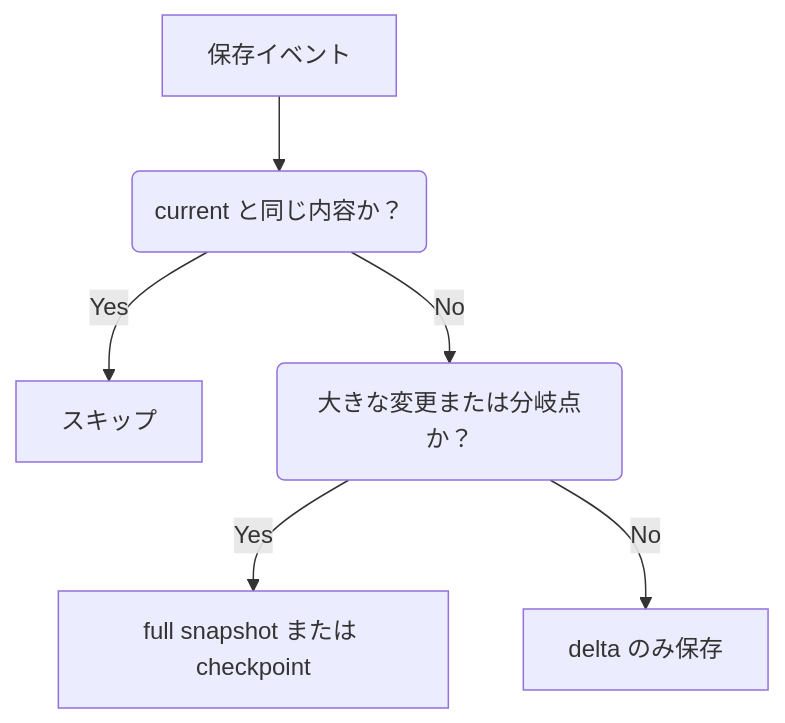
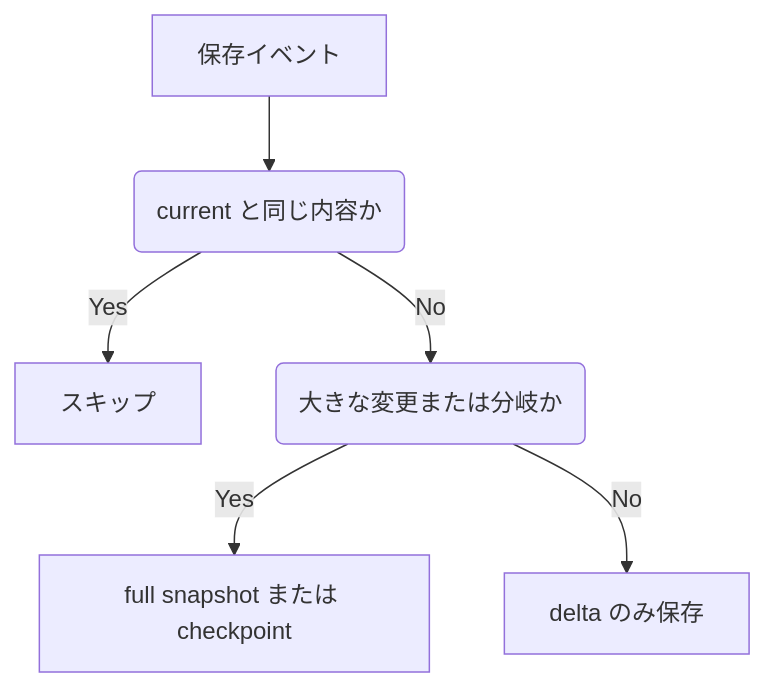
One commit to mmiyaji/vscode-undotree changed the fourth of 4 diagrams in README_ja.md. Above: the diagram before and after it, drawn with Mermaid. The commit also changed other lines of this file and 6 other files, not shown here.

````diff
--- a/README_ja.md
+++ b/README_ja.md
@@ -316,8 +299,8 @@
 ```mermaid
 flowchart TD
-  save["保存イベント"] --> same("current と同じ内容か？")
+  save["保存イベント"] --> same("current と同じ内容か")
   same -->|Yes| skip["スキップ"]
-  same -->|No| ratio("大きな変更または分岐点か？")
+  same -->|No| ratio("大きな変更または分岐か")
   ratio -->|Yes| full["full snapshot または checkpoint"]
   ratio -->|No| delta["delta のみ保存"]
 ```
````
